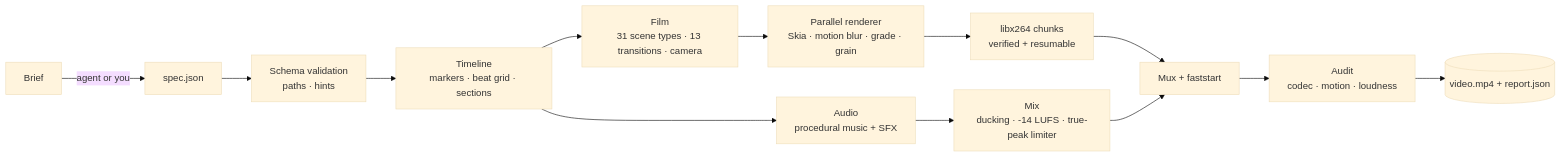
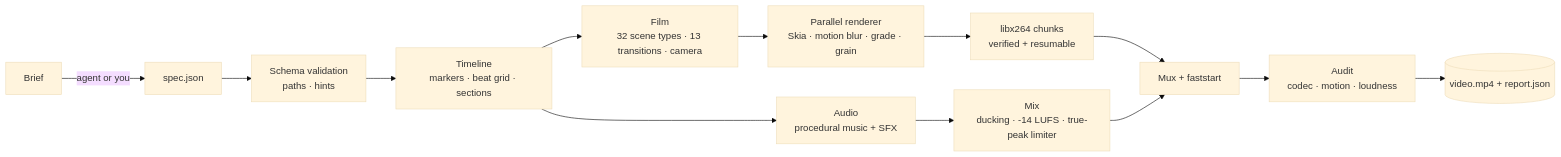
Before and after one commit to 28naem-del/kinetic-studio: the diagram in README.md, drawn with Mermaid (base theme). The commit also changed other lines of this file and 71 other files, not shown here.

````diff
--- a/README.md
+++ b/README.md
@@ -115,15 +117,15 @@
 ```mermaid
 flowchart LR
     B[Brief] -->|agent or you| S[spec.json]
     S --> V[Schema validation<br/>paths · hints]
     V --> T[Timeline<br/>markers · beat grid · sections]
-    T --> F[Film<br/>31 scene types · 13 transitions · camera]
+    T --> F[Film<br/>32 scene types · 13 transitions · camera]
     F --> R[Parallel renderer<br/>Skia · motion blur · grade · grain]
     R --> C[libx264 chunks<br/>verified + resumable]
     T --> A[Audio<br/>procedural music + SFX]
     A --> M[Mix<br/>ducking · -14 LUFS · true-peak limiter]
     C --> X[Mux + faststart]
     M --> X
     X --> Q[Audit<br/>codec · motion · loudness]
     Q --> O[(video.mp4 + report.json)]
 ```
````
